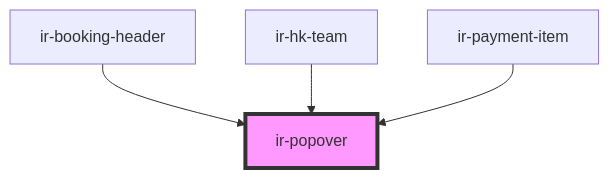
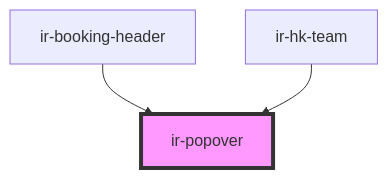
Before and after one commit to David1Chowaifaty/modified-ir-webcmp: the diagram in src/components/ui/ir-popover/readme.md, drawn with Mermaid. The commit also changed other lines of this file and 69 other files, not shown here.

````diff
--- a/src/components/ui/ir-popover/readme.md
+++ b/src/components/ui/ir-popover/readme.md
@@ -28,7 +27,6 @@
 ```mermaid
 graph TD;
   ir-booking-header --> ir-popover
   ir-hk-team --> ir-popover
-  ir-payment-item --> ir-popover
   style ir-popover fill:#f9f,stroke:#333,stroke-width:4px
 ```
````
